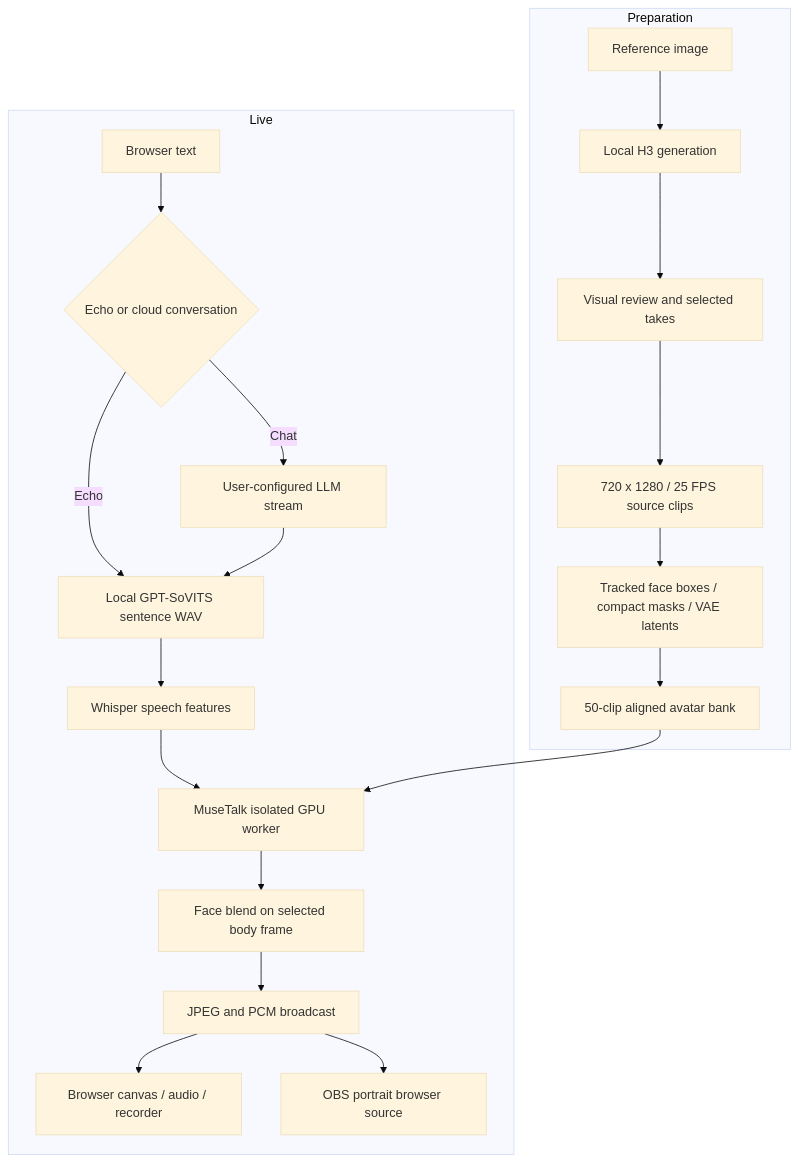
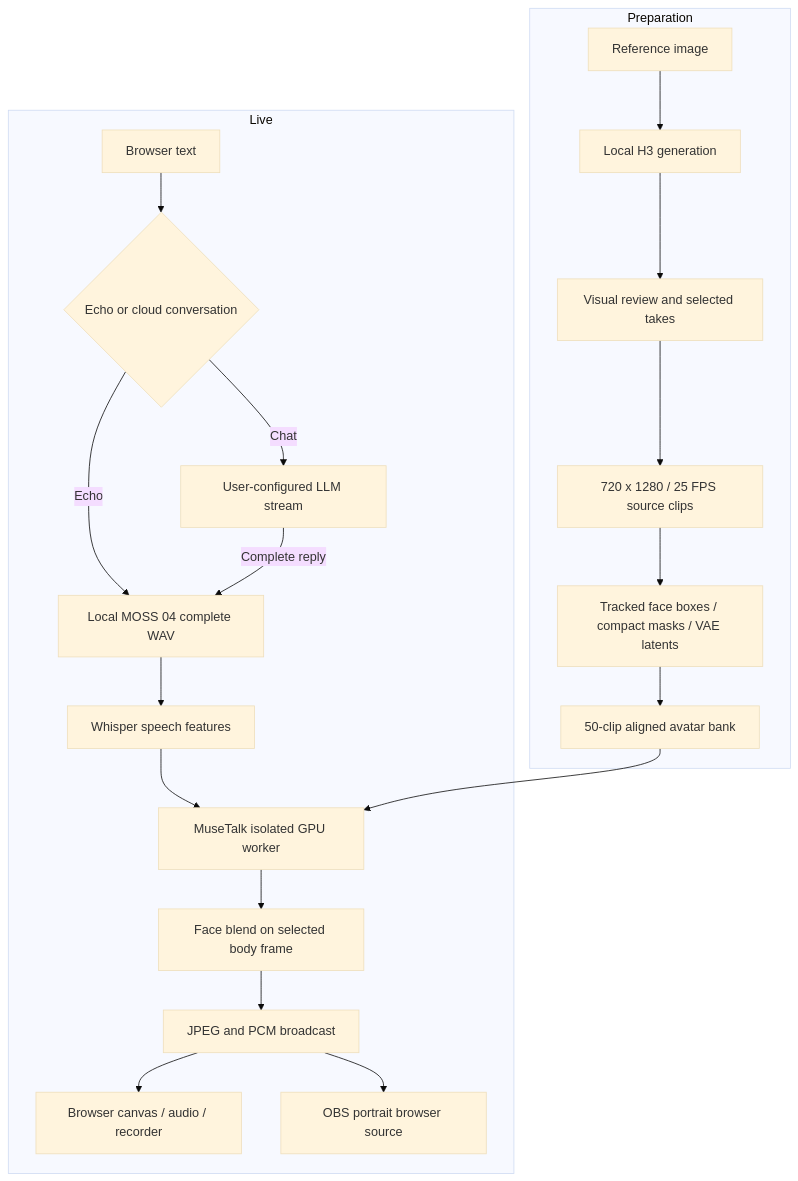
Before and after one commit to wikigsroom/Ai-Talk-Streamer: the diagram in docs/ARCHITECTURE.md, drawn with Mermaid (base theme). The commit also changed other lines of this file and 40 other files, not shown here.

````diff
--- a/docs/ARCHITECTURE.md
+++ b/docs/ARCHITECTURE.md
@@ -11,23 +11,23 @@
 ```mermaid
 flowchart TB
   subgraph Preparation
     R[Reference image] --> H[Local H3 generation]
     H --> V[Visual review and selected takes]
     V --> E[720 x 1280 / 25 FPS source clips]
     E --> P[Tracked face boxes / compact masks / VAE latents]
     P --> B[50-clip aligned avatar bank]
   end
   subgraph Live
     Q[Browser text] --> C{Echo or cloud conversation}
     C -->|Chat| L[User-configured LLM stream]
-    C -->|Echo| T[Local GPT-SoVITS sentence WAV]
-    L --> T
+    C -->|Echo| T[Local MOSS 04 complete WAV]
+    L -->|Complete reply| T
     T --> F[Whisper speech features]
     F --> U[MuseTalk isolated GPU worker]
     B --> U
     U --> M[Face blend on selected body frame]
     M --> O[JPEG and PCM broadcast]
     O --> W[Browser canvas / audio / recorder]
     O --> S[OBS portrait browser source]
   end
 ```
````
